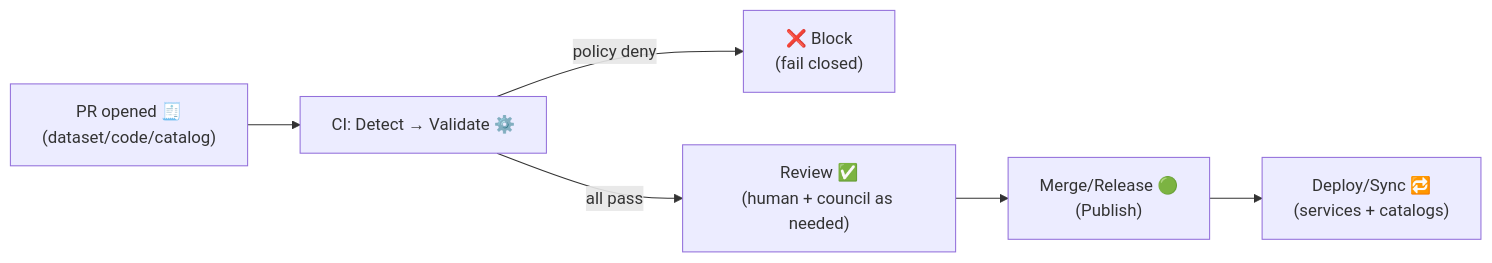
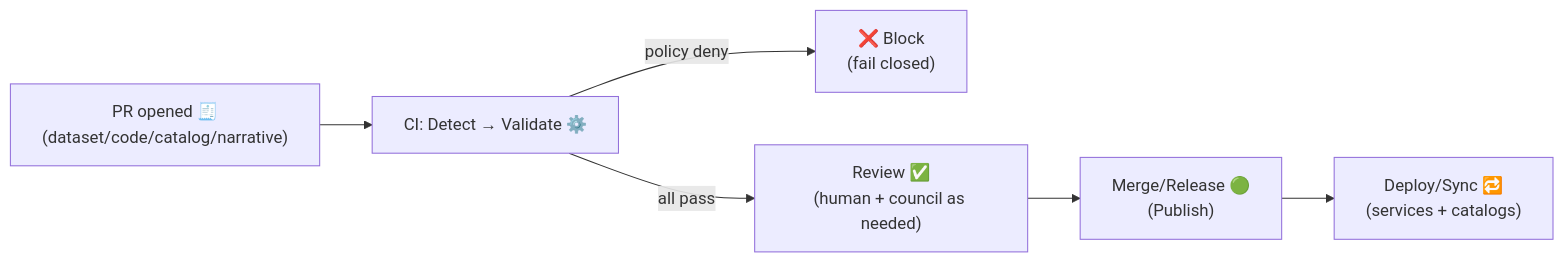
The third of 4 diagrams in pipelines/README.md (bartytime4life/Kansas-Frontier-Matrix), drawn with Mermaid before and after one commit. The commit also changed other lines of this file, not shown here.

````diff
--- a/pipelines/README.md
+++ b/pipelines/README.md
@@ -319,8 +389,8 @@
 ```mermaid
 flowchart LR
-  A["PR opened 🧾\n(dataset/code/catalog)"] --> B["CI: Detect → Validate ⚙️"]
+  A["PR opened 🧾\n(dataset/code/catalog/narrative)"] --> B["CI: Detect → Validate ⚙️"]
   B -->|policy deny| X["❌ Block\n(fail closed)"]
   B -->|all pass| C["Review ✅\n(human + council as needed)"]
   C --> D["Merge/Release 🟢\n(Publish)"]
   D --> E["Deploy/Sync 🔁\n(services + catalogs)"]
 ```
````
